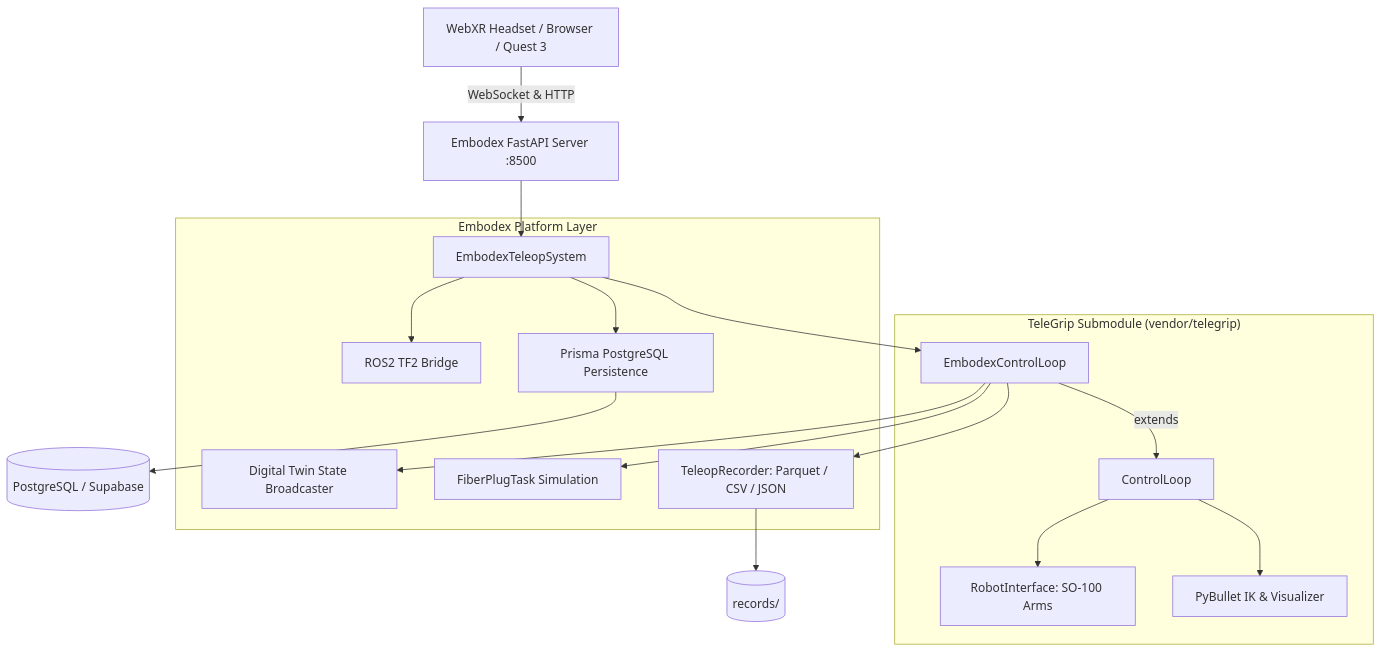
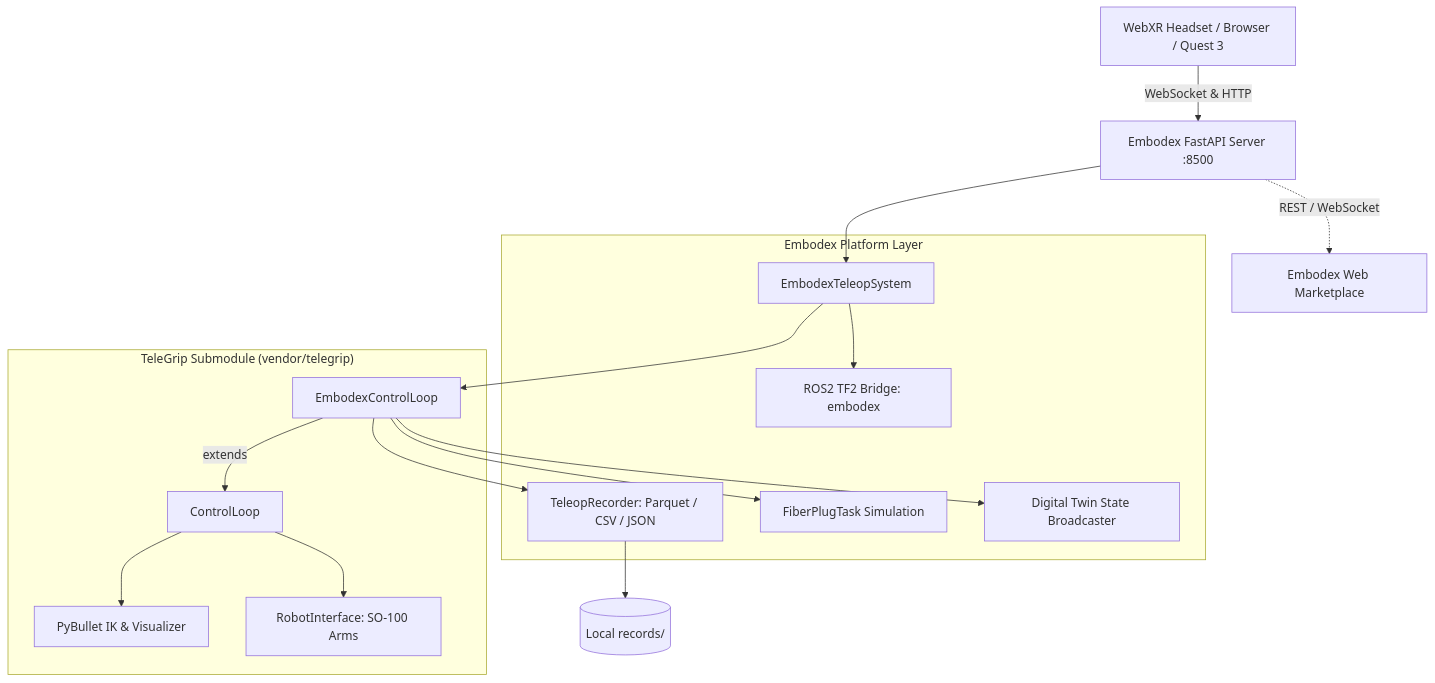
The diagram in README.md (Luis-Lundgren/embodex-teleop), drawn with Mermaid before and after one commit. The commit also changed other lines of this file, not shown here.

Commit message:
docs: document compatibility and architecture boundaries

````diff
--- a/README.md
+++ b/README.md
@@ -18,23 +47,22 @@
 ```mermaid
 graph TD
     Client[WebXR Headset / Browser / Quest 3] -->|WebSocket & HTTP| API[Embodex FastAPI Server :8500]
     API --> System[EmbodexTeleopSystem]
     System --> Loop[EmbodexControlLoop]
     
     subgraph "TeleGrip Submodule (vendor/telegrip)"
         Loop -->|extends| CoreLoop[ControlLoop]
         CoreLoop --> IK[PyBullet IK & Visualizer]
         CoreLoop --> Hardware[RobotInterface: SO-100 Arms]
     end
     
     subgraph "Embodex Platform Layer"
         Loop --> Rec[TeleopRecorder: Parquet / CSV / JSON]
         Loop --> Task[FiberPlugTask Simulation]
         Loop --> Twin[Digital Twin State Broadcaster]
-        System --> DB[Prisma PostgreSQL Persistence]
-        System --> ROS2[ROS2 TF2 Bridge]
+        System --> ROS2[ROS2 TF2 Bridge: embodex]
     end
     
-    Rec --> Disk[(records/)]
-    DB --> PostgreSQL[(PostgreSQL / Supabase)]
+    Rec --> Disk[(Local records/)]
+    API -.->|REST / WebSocket| Web[Embodex Web Marketplace]
 ```
````
